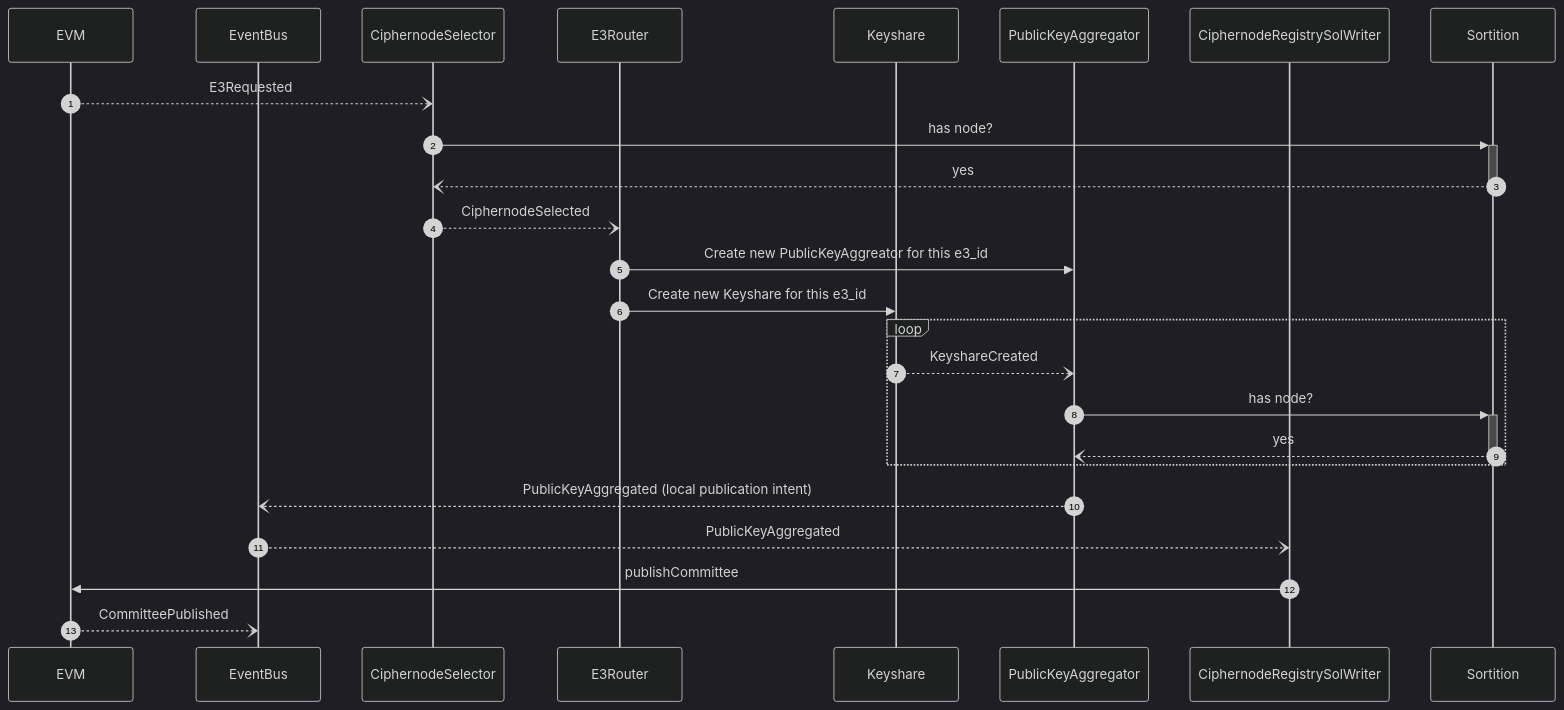
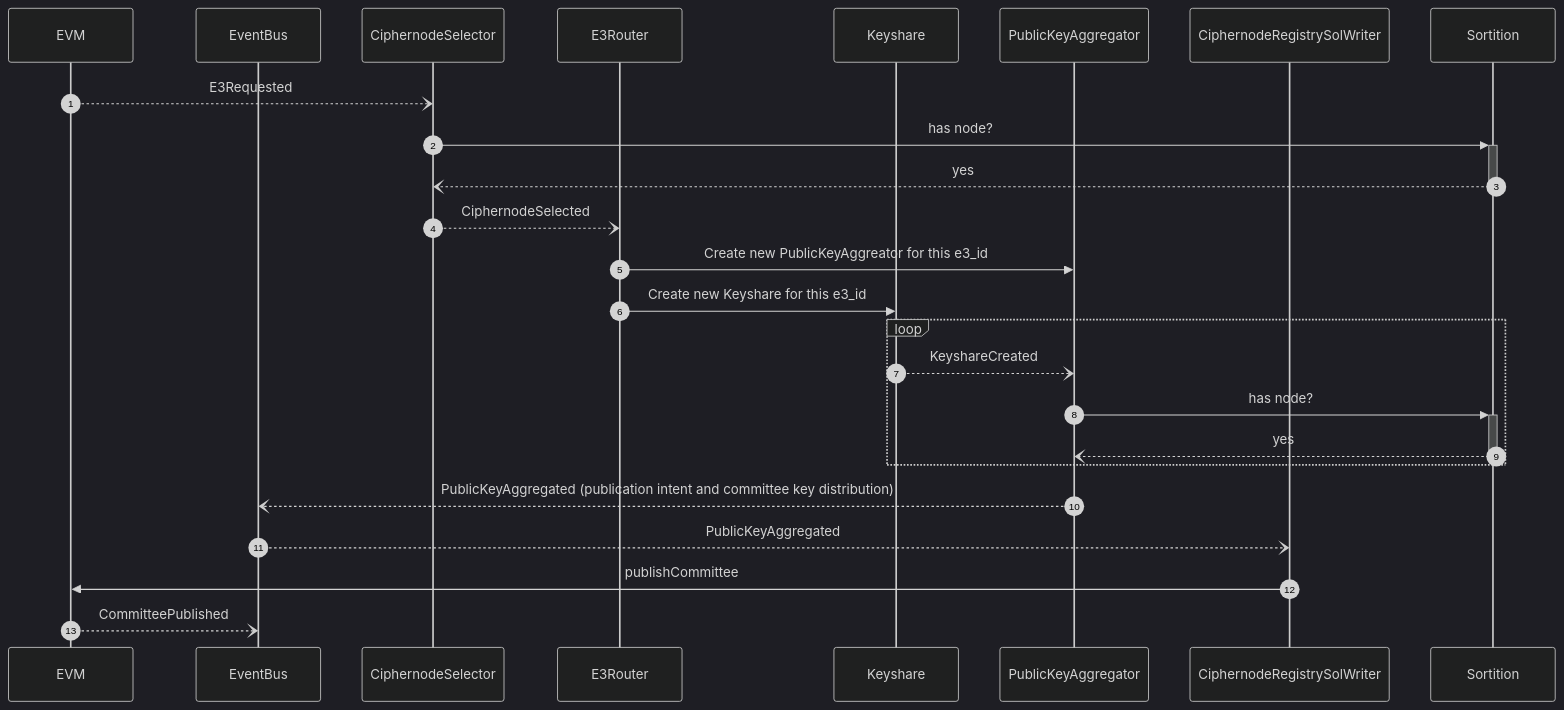
The first of 2 diagrams in crates/README.md (gnosisguild/interfold), drawn with Mermaid (dark theme) before and after one commit. The commit also changed 26 other files, not shown here.

````diff
--- a/crates/README.md
+++ b/crates/README.md
@@ -38,28 +38,28 @@
 ```mermaid
 sequenceDiagram
     autonumber
     participant EVM as EVM
     participant BUS as EventBus
     participant CS as CiphernodeSelector
     participant E3 as E3Router
     participant KS as Keyshare
     participant PKA as PublicKeyAggregator
     participant RW as CiphernodeRegistrySolWriter
     participant S as Sortition
 
     EVM--)CS: E3Requested
     CS->>+S: has node?
     S--)-CS: yes
     CS--)E3: CiphernodeSelected
     E3->>PKA: Create new PublicKeyAggreator for this e3_id
     E3->>KS: Create new Keyshare for this e3_id
     loop
         KS--)PKA: KeyshareCreated
         PKA->>+S: has node?
         S--)-PKA: yes
     end
-    PKA--)BUS: PublicKeyAggregated (local publication intent)
+    PKA--)BUS: PublicKeyAggregated (publication intent and committee key distribution)
     BUS--)RW: PublicKeyAggregated
     RW->>EVM: publishCommittee
     EVM--)BUS: CommitteePublished
 ```
````
